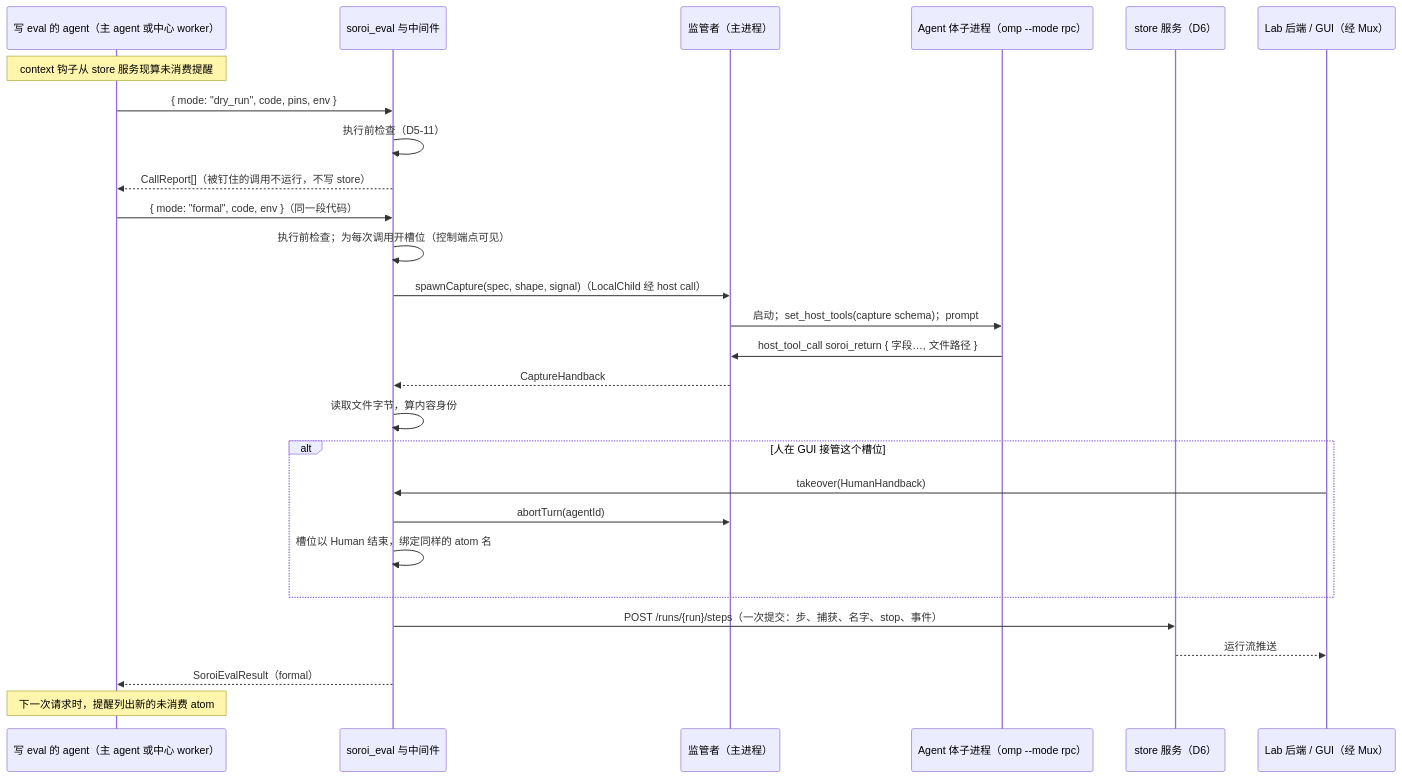
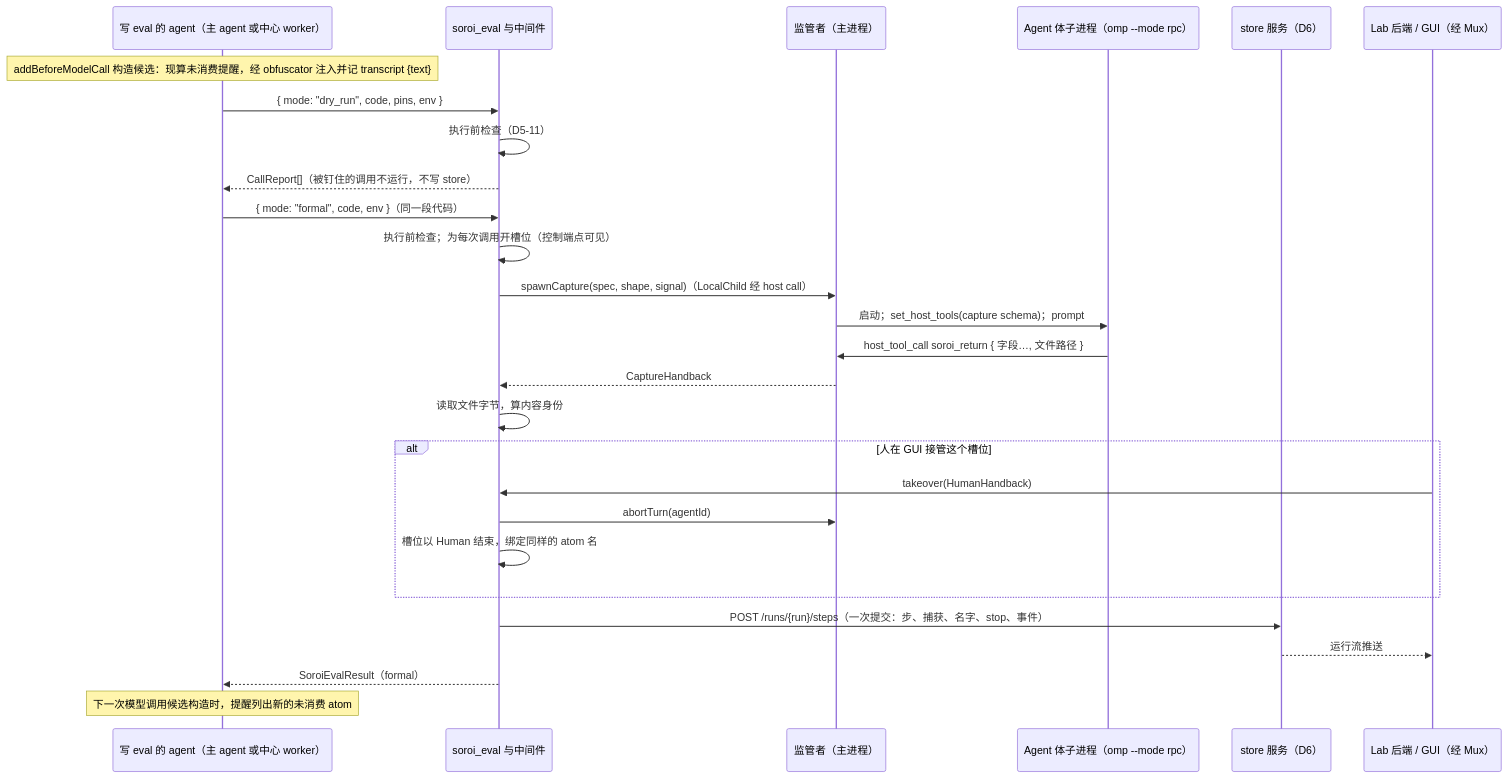
The diagram in evidence/decisions/D5-plugins-eval.md (Pepgent/PM), drawn with Mermaid before and after one commit. The commit also changed other lines of this file and 10 other files, not shown here.

````diff
--- a/evidence/decisions/D5-plugins-eval.md
+++ b/evidence/decisions/D5-plugins-eval.md
@@ -321,30 +322,30 @@
 ```mermaid
 sequenceDiagram
     participant AI as 写 eval 的 agent（主 agent 或中心 worker）
     participant EV as soroi_eval 与中间件
     participant SV as 监管者（主进程）
     participant CH as Agent 体子进程（omp --mode rpc）
     participant ST as store 服务（D6）
     participant LB as Lab 后端 / GUI（经 Mux）
 
-    Note over AI: context 钩子从 store 服务现算未消费提醒
+    Note over AI: addBeforeModelCall 构造候选：现算未消费提醒，经 obfuscator 注入并记 transcript {text}
     AI->>EV: { mode: "dry_run", code, pins, env }
     EV->>EV: 执行前检查（D5-11）
     EV-->>AI: CallReport[]（被钉住的调用不运行，不写 store）
     AI->>EV: { mode: "formal", code, env }（同一段代码）
     EV->>EV: 执行前检查；为每次调用开槽位（控制端点可见）
     EV->>SV: spawnCapture(spec, shape, signal)（LocalChild 经 host call）
     SV->>CH: 启动；set_host_tools(capture schema)；prompt
     CH->>SV: host_tool_call soroi_return { 字段…, 文件路径 }
     SV-->>EV: CaptureHandback
     EV->>EV: 读取文件字节，算内容身份
     alt 人在 GUI 接管这个槽位
         LB->>EV: takeover(HumanHandback)
         EV->>SV: abortTurn(agentId)
         EV->>EV: 槽位以 Human 结束，绑定同样的 atom 名
     end
     EV->>ST: POST /runs/{run}/steps（一次提交：步、捕获、名字、stop、事件）
     ST-->>LB: 运行流推送
     EV-->>AI: SoroiEvalResult（formal）
-    Note over AI: 下一次请求时，提醒列出新的未消费 atom
+    Note over AI: 下一次模型调用候选构造时，提醒列出新的未消费 atom
 ```
````
